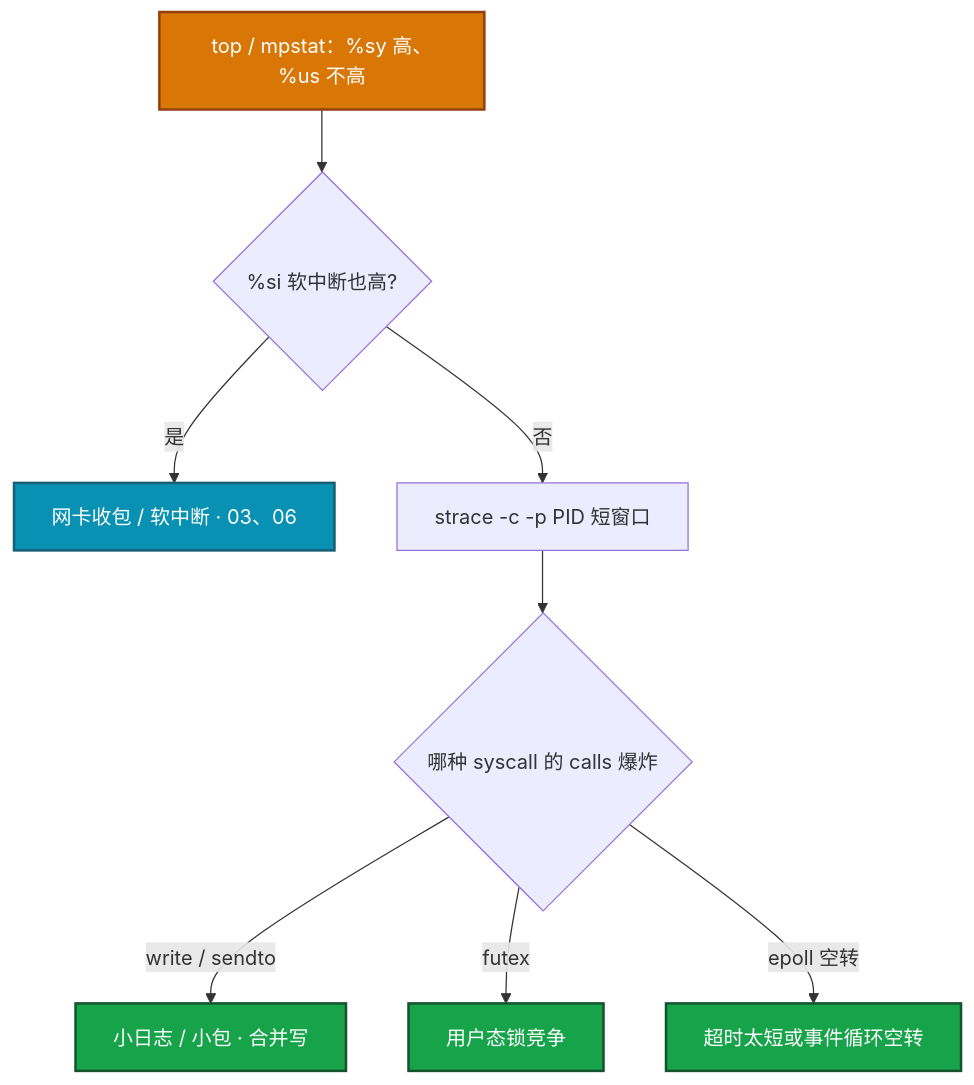
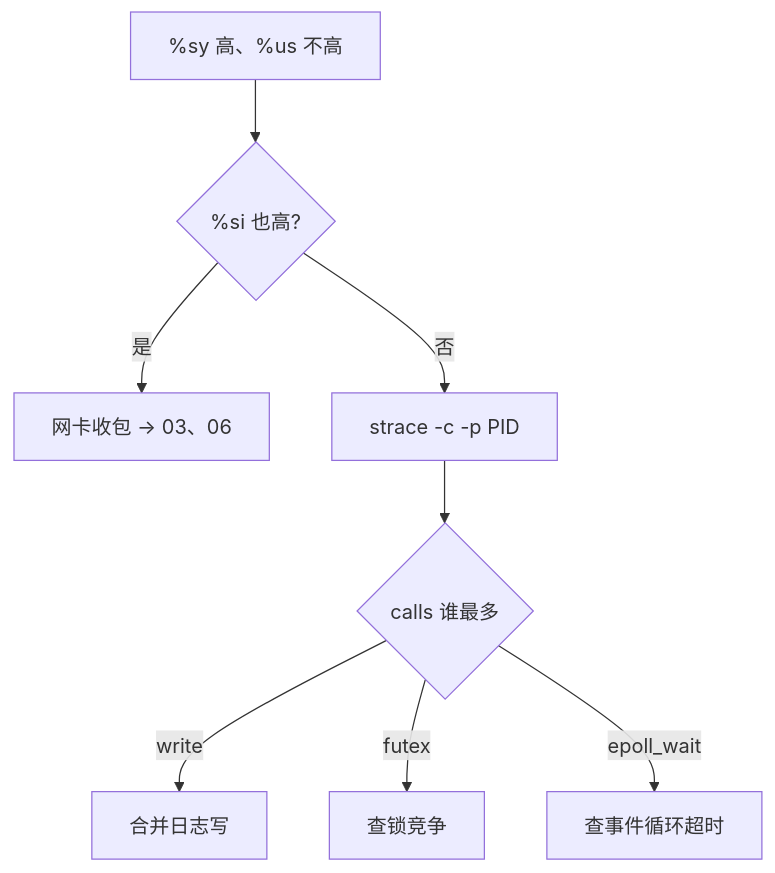
One commit to ml-cuizijun/LearnToLilith changed the fifth of 11 diagrams in 02-基础底座/01-内核与系统/知识点.md. Above: the diagram before and after it, drawn with Mermaid. The commit also changed other lines of this file and 213 other files, not shown here.

````diff
--- a/02-基础底座/01-内核与系统/知识点.md
+++ b/02-基础底座/01-内核与系统/知识点.md
@@ -215,17 +177,10 @@
 ```mermaid
 flowchart TB
-    A["top / mpstat：%sy 高、%us 不高"] --> B{%si 软中断也高?}
-    B -->|是| C["网卡收包 / 软中断 · 03、06"]
-    B -->|否| D["strace -c -p PID 短窗口"]
-    D --> E{哪种 syscall 的 calls 爆炸}
-    E -->|write / sendto| F[小日志 / 小包 · 合并写]
-    E -->|futex| G[用户态锁竞争]
-    E -->|epoll 空转| H[超时太短或事件循环空转]
-
-    classDef ok fill:#16A34A,stroke:#14532D,stroke-width:2px,color:#fff
-    classDef warn fill:#D97706,stroke:#92400E,stroke-width:2px,color:#fff
-    classDef net fill:#0891B2,stroke:#155E75,stroke-width:2px,color:#fff
-    class F,G,H ok
-    class A warn
-    class C net
+    A["%sy 高、%us 不高"] --> B{%si 也高?}
+    B -->|是| C[网卡收包 → 03、06]
+    B -->|否| D[strace -c -p PID]
+    D --> E{calls 谁最多}
+    E -->|write| F[合并日志写]
+    E -->|futex| G[查锁竞争]
+    E -->|epoll_wait| H[查事件循环超时]
 ```
````
